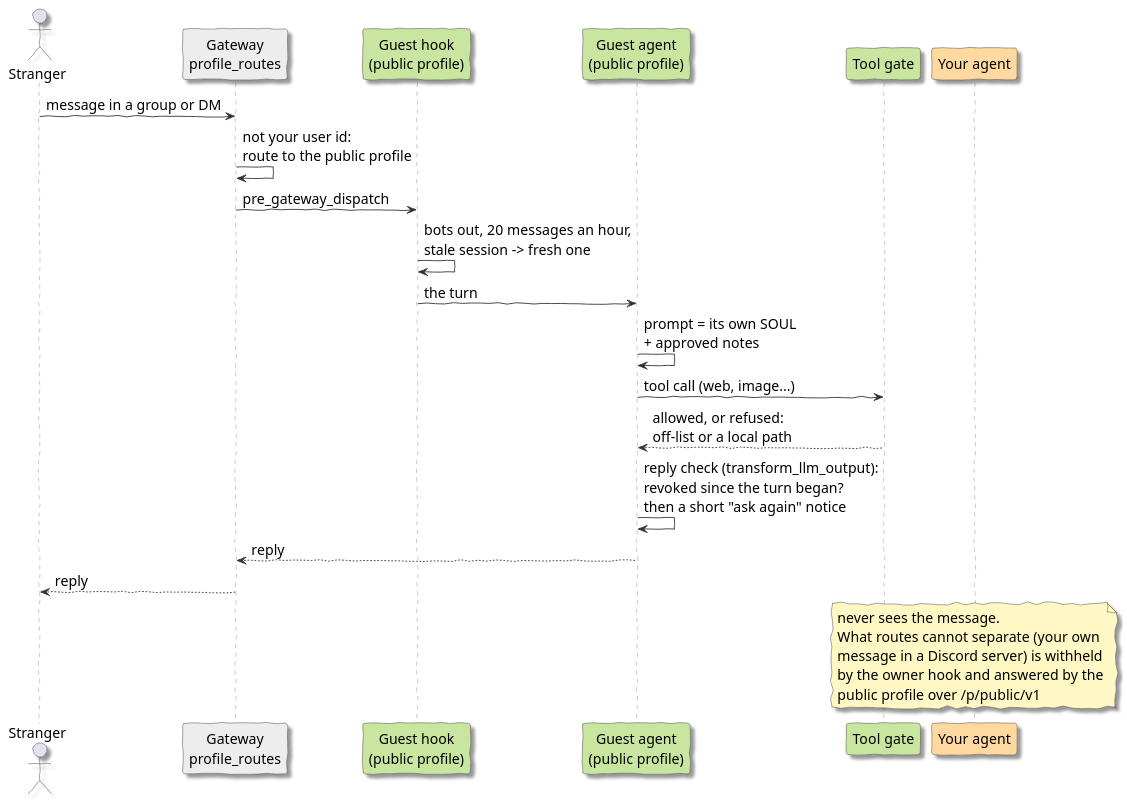
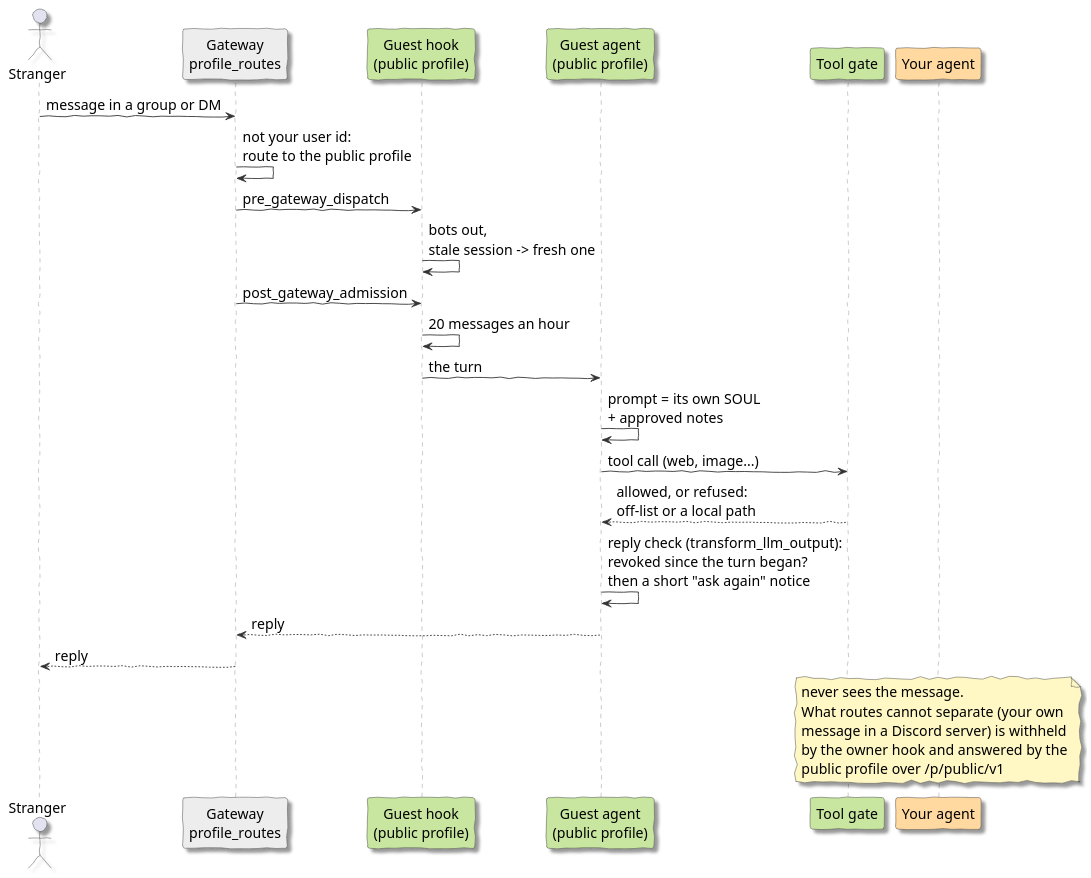
Before and after one commit to dotv-7/salts-secrets-plugin: the diagram in docs/diagrams/question.puml, drawn with PlantUML. The commit also changed 23 other files, not shown here.

Commit message:
Sync with salts-secrets #50: second line after admission (post_gateway_admission), model calls through agent.plugin_llm, no model keys copied to the public profile; version 0.5.0

```diff
--- a/docs/diagrams/question.puml
+++ b/docs/diagrams/question.puml
@@ -1,36 +1,38 @@
 @startuml
 skinparam handwritten true
 skinparam defaultFontName "Patrick Hand"
 skinparam defaultFontSize 16
 skinparam shadowing true
 skinparam backgroundColor white
 skinparam sequence {
   ArrowColor #333333
   LifeLineBorderColor #888888
   ParticipantBorderColor #333333
   ActorBorderColor #333333
 }
 skinparam note {
   BackgroundColor #FFF8C4
   BorderColor #333333
 }
 actor Stranger as S
 participant "Gateway\nprofile_routes" as G #EDEDED
 participant "Guest hook\n(public profile)" as H #C8E6A0
 participant "Guest agent\n(public profile)" as P #C8E6A0
 participant "Tool gate" as T #C8E6A0
 participant "Your agent" as O #FFD9A0
 
 S -> G : message in a group or DM
 G -> G : not your user id:\nroute to the public profile
 G -> H : pre_gateway_dispatch
-H -> H : bots out, 20 messages an hour,\nstale session -> fresh one
+H -> H : bots out,\nstale session -> fresh one
+G -> H : post_gateway_admission
+H -> H : 20 messages an hour
 H -> P : the turn
 P -> P : prompt = its own SOUL\n+ approved notes
 P -> T : tool call (web, image...)
 T --> P : allowed, or refused:\noff-list or a local path
 P -> P : reply check (transform_llm_output):\nrevoked since the turn began?\nthen a short "ask again" notice
 P --> G : reply
 G --> S : reply
 note over O : never sees the message.\nWhat routes cannot separate (your own\nmessage in a Discord server) is withheld\nby the owner hook and answered by the\npublic profile over /p/public/v1
 @enduml
```
